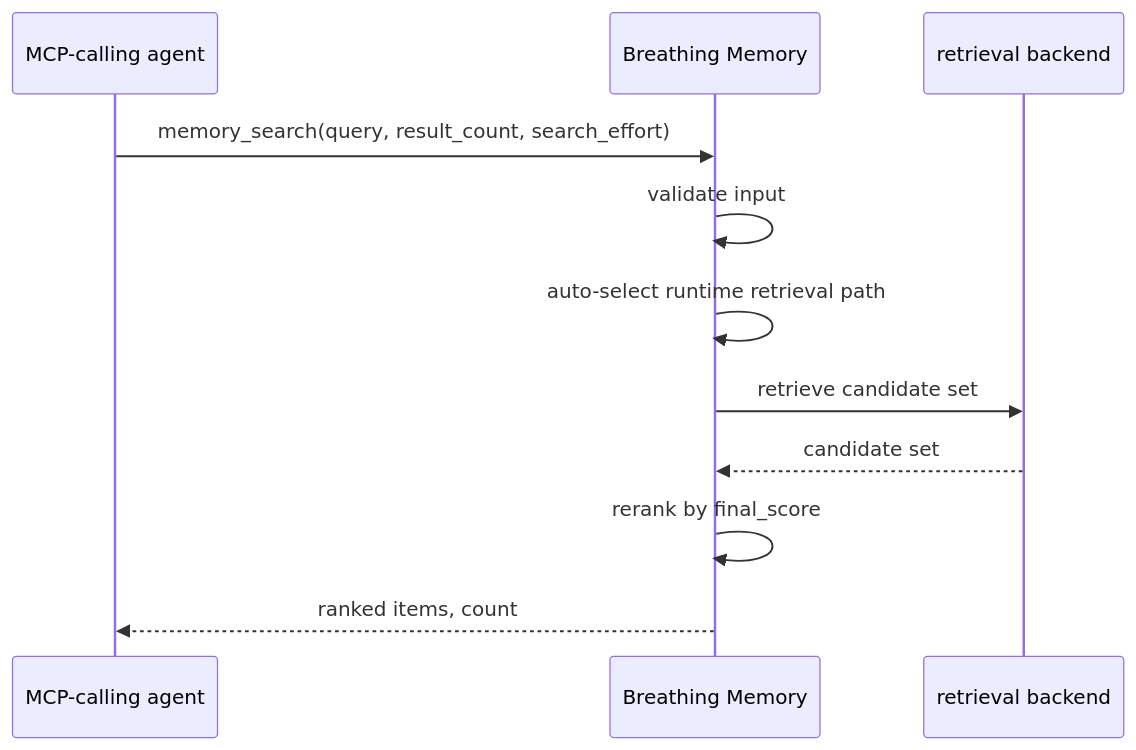
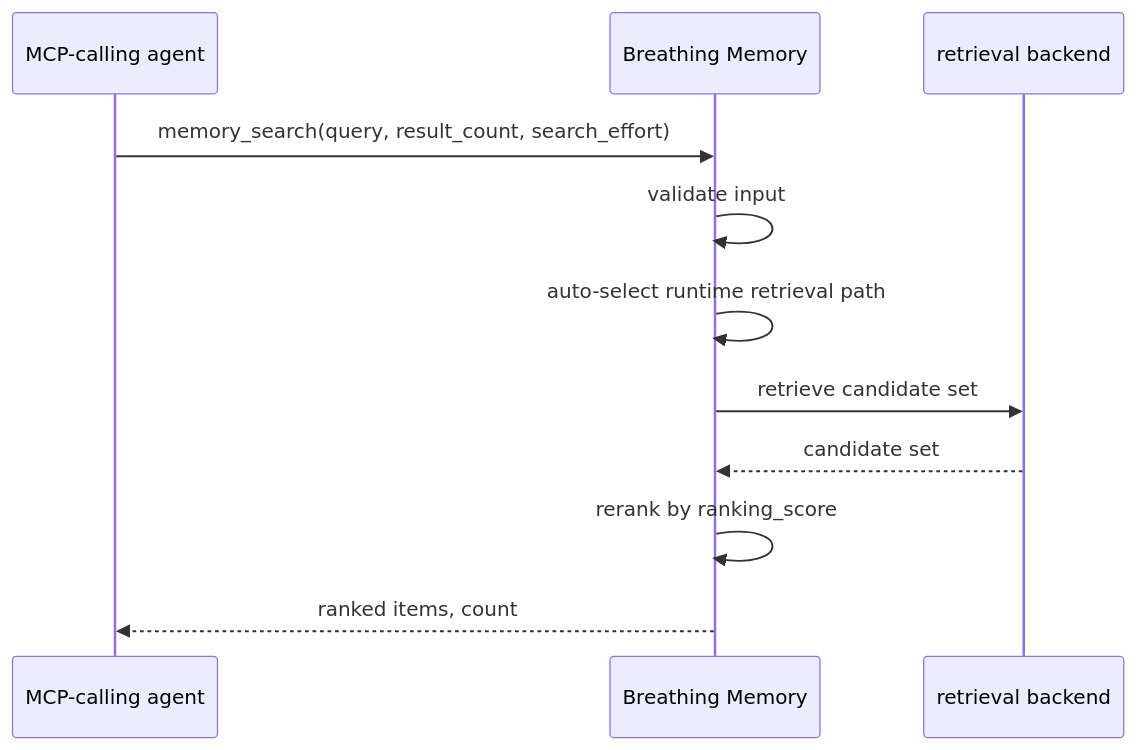
Before and after one commit to KazinaG/breathing_memory: the fifth of 7 diagrams in docs/spec.md, drawn with Mermaid. The commit also changed other lines of this file and 13 other files, not shown here.

````diff
--- a/docs/spec.md
+++ b/docs/spec.md
@@ -721,14 +726,14 @@
 ```mermaid
 sequenceDiagram
     participant Agent as MCP-calling agent
     participant Memory as Breathing Memory
     participant Backend as retrieval backend
 
     Agent->>Memory: memory_search(query, result_count, search_effort)
     Memory->>Memory: validate input
     Memory->>Memory: auto-select runtime retrieval path
     Memory->>Backend: retrieve candidate set
     Backend-->>Memory: candidate set
-    Memory->>Memory: rerank by final_score
+    Memory->>Memory: rerank by ranking_score
     Memory-->>Agent: ranked items, count
 ```
````
